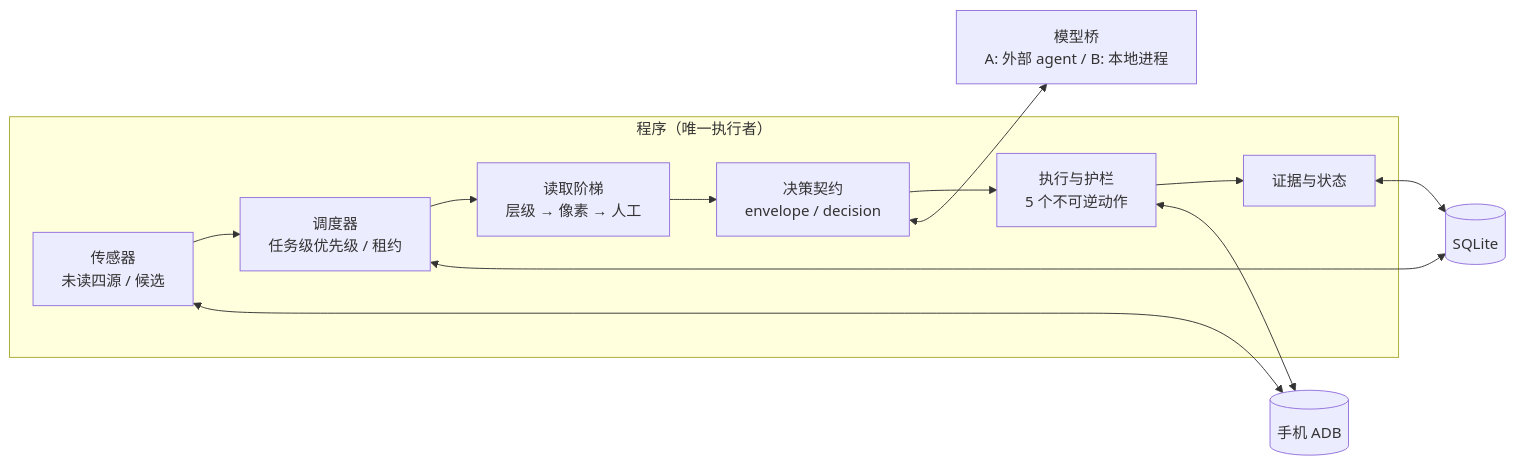
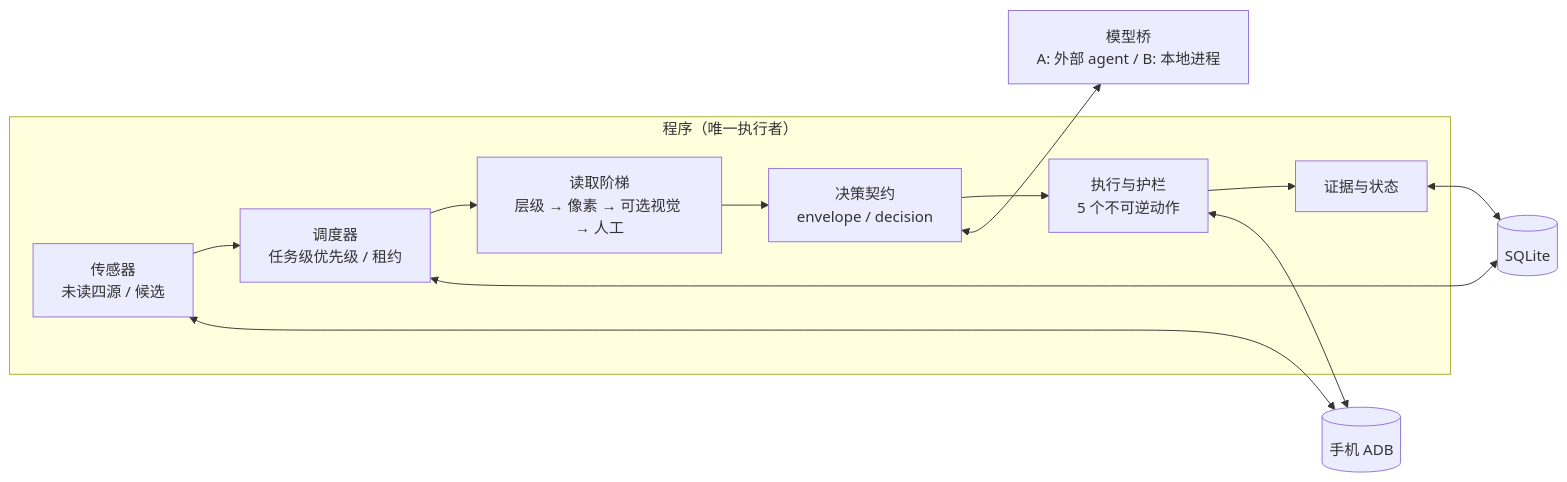
Before and after one commit to bin448482/job-application-openagent: the first of 6 diagrams in docs/BOSS直聘_求职自动化_实施计划_20261123.md, drawn with Mermaid. The commit also changed other lines of this file and 4 other files, not shown here.

````diff
--- a/docs/BOSS直聘_求职自动化_实施计划_20261123.md
+++ b/docs/BOSS直聘_求职自动化_实施计划_20261123.md
@@ -35,21 +39,21 @@
 ```mermaid
 flowchart LR
   subgraph APP[程序（唯一执行者）]
     S[传感器<br/>未读四源 / 候选]
     Q[调度器<br/>任务级优先级 / 租约]
-    R[读取阶梯<br/>层级 → 像素 → 人工]
+    R[读取阶梯<br/>层级 → 像素 → 可选视觉 → 人工]
     D[决策契约<br/>envelope / decision]
     E[执行与护栏<br/>5 个不可逆动作]
     V[证据与状态]
   end
   DEV[(手机 ADB)]
   DB[(SQLite)]
   BR[模型桥<br/>A: 外部 agent / B: 本地进程]
 
   S --> Q --> R --> D --> E --> V
   S <--> DEV
   E <--> DEV
   V <--> DB
   Q <--> DB
   D <--> BR
 ```
````
